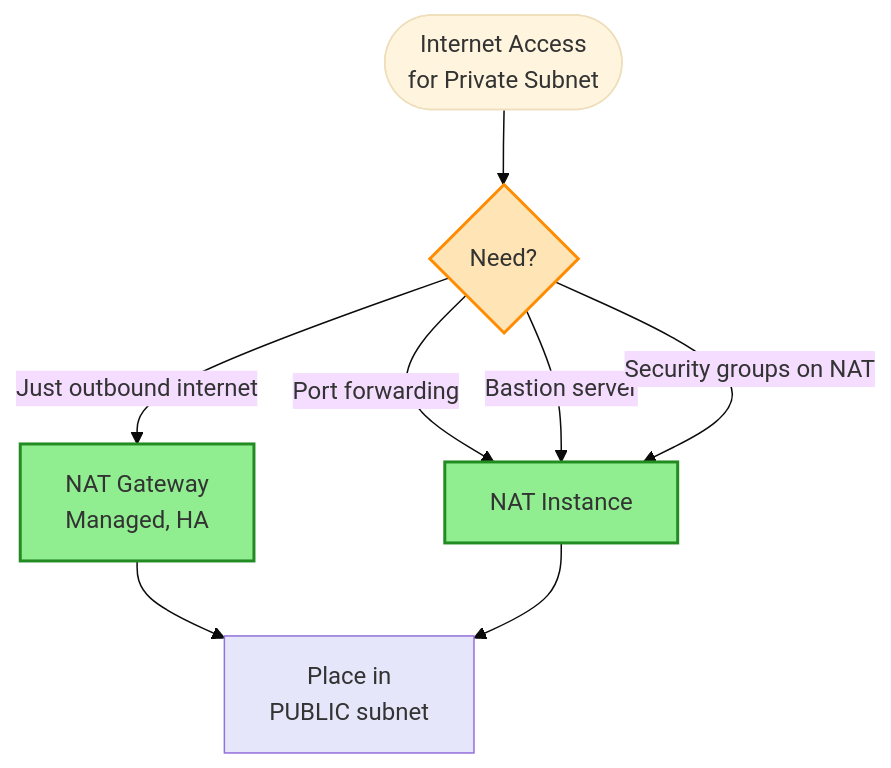
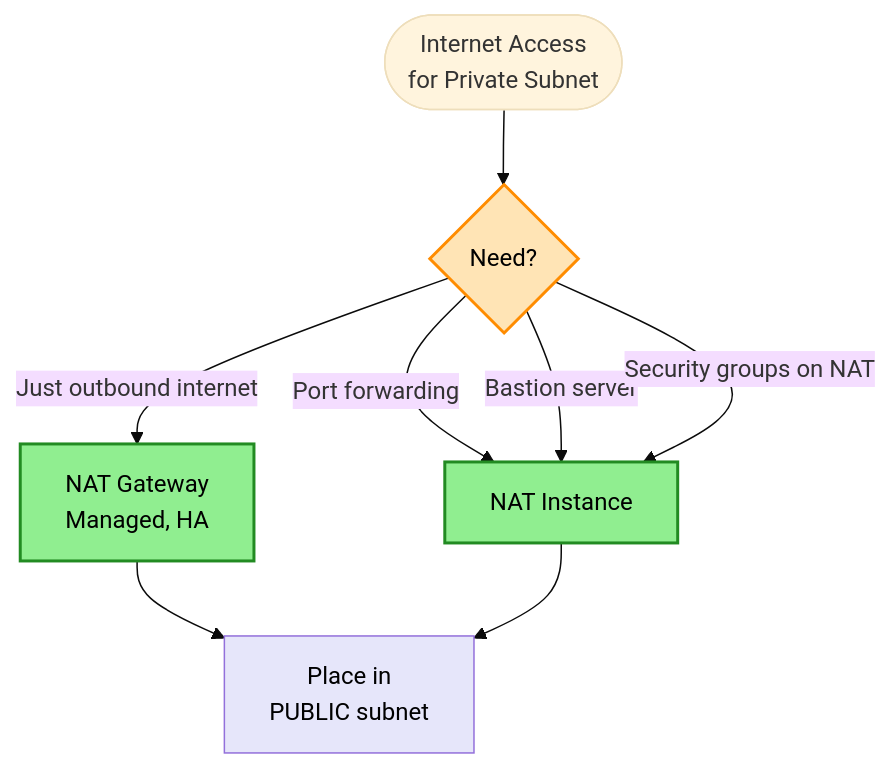
Before and after one commit to intelliswarm-ai/aws-architectures: the fifth of 6 diagrams in aws-architecture-decisions/diagrams/networking-decisions.md, drawn with Mermaid (base theme). The commit also changed other lines of this file and 13 other files, not shown here.

````diff
--- a/aws-architecture-decisions/diagrams/networking-decisions.md
+++ b/aws-architecture-decisions/diagrams/networking-decisions.md
@@ -111,21 +111,21 @@
 ```mermaid
 flowchart TD
     Start([Internet Access<br/>for Private Subnet]) --> Q1{Need?}
 
     Q1 -->|Just outbound internet| NAT_GW[NAT Gateway<br/>Managed, HA]
     Q1 -->|Port forwarding| NAT_INST[NAT Instance]
     Q1 -->|Bastion server| NAT_INST
     Q1 -->|Security groups on NAT| NAT_INST
 
     NAT_GW --> PLACE[Place in<br/>PUBLIC subnet]
     NAT_INST --> PLACE
 
     %% Styling
-    classDef service fill:#90EE90,stroke:#228B22,stroke-width:2px
-    classDef note fill:#E6E6FA,stroke:#9370DB,stroke-width:1px
-    classDef question fill:#FFE4B5,stroke:#FF8C00,stroke-width:2px
+    classDef service fill:#90EE90,stroke:#228B22,stroke-width:2px,color:#000000
+    classDef note fill:#E6E6FA,stroke:#9370DB,stroke-width:1px,color:#000000
+    classDef question fill:#FFE4B5,stroke:#FF8C00,stroke-width:2px,color:#000000
 
     class Q1 question
     class NAT_GW,NAT_INST service
     class PLACE note
 ```
````
